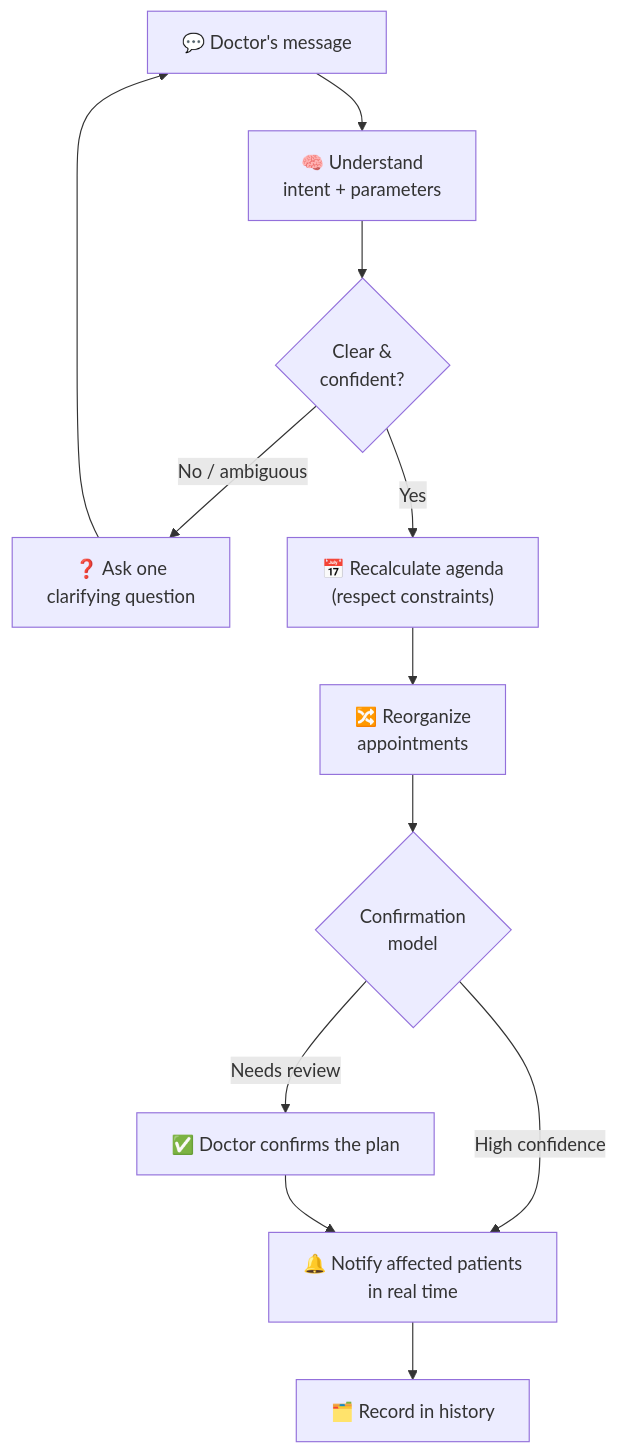
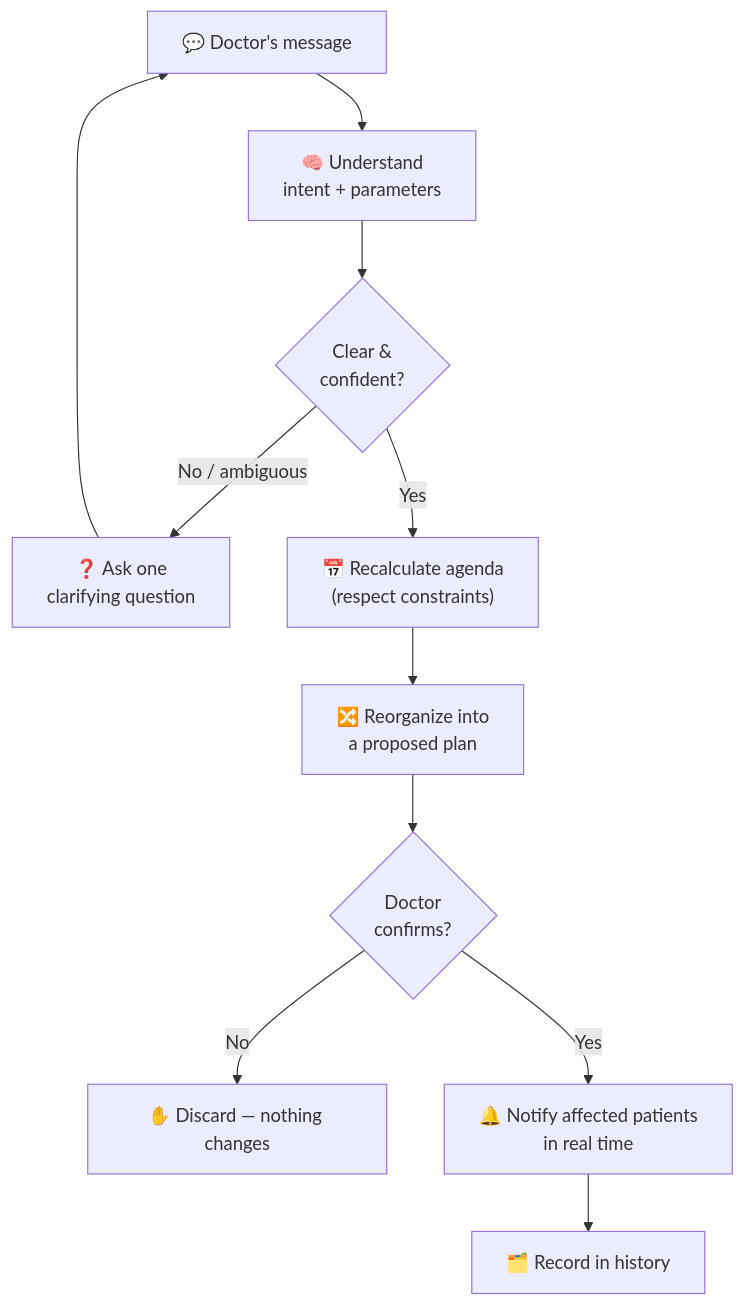
Before and after one commit to victorolave/healthsync: the diagram in docs/PRD.md, drawn with Mermaid. The commit also changed other lines of this file, not shown here.

````diff
--- a/docs/PRD.md
+++ b/docs/PRD.md
@@ -114,14 +118,13 @@
 ```mermaid
 flowchart TD
     M["💬 Doctor's message"] --> U["🧠 Understand<br/>intent + parameters"]
     U --> C{"Clear &<br/>confident?"}
     C -- "No / ambiguous" --> Q["❓ Ask one<br/>clarifying question"]
     Q --> M
     C -- "Yes" --> R["📅 Recalculate agenda<br/>(respect constraints)"]
-    R --> O["🔀 Reorganize<br/>appointments"]
-    O --> A{"Confirmation<br/>model"}
-    A -- "High confidence" --> N["🔔 Notify affected patients<br/>in real time"]
-    A -- "Needs review" --> D["✅ Doctor confirms the plan"]
-    D --> N
+    R --> O["🔀 Reorganize into<br/>a proposed plan"]
+    O --> A{"Doctor<br/>confirms?"}
+    A -- "No" --> X["✋ Discard — nothing changes"]
+    A -- "Yes" --> N["🔔 Notify affected patients<br/>in real time"]
     N --> H["🗂️ Record in history"]
 ```
````
